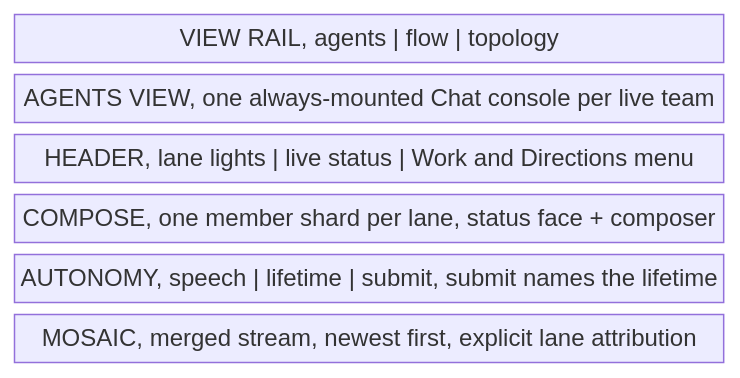
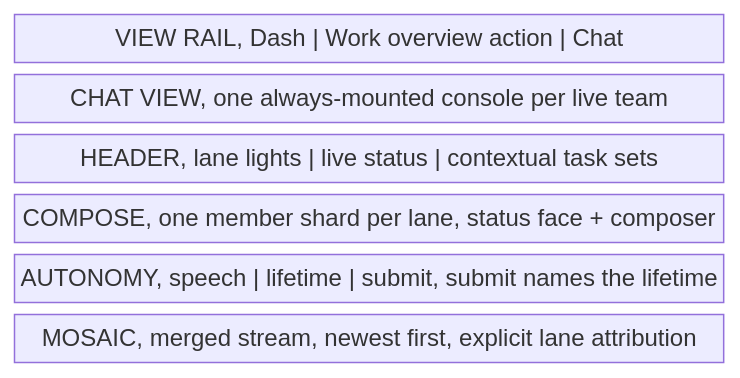
Diagram 17 of 17 in docs/product/loops.md (infimalabs/spice-rust), drawn with Mermaid before and after one commit. The commit also changed other lines of this file and 5 other files, not shown here.

````diff
--- a/docs/product/loops.md
+++ b/docs/product/loops.md
@@ -692,10 +692,10 @@
 ```mermaid
 block-beta
   columns 1
-  G["VIEW RAIL, agents | flow | topology"]
-  C["AGENTS VIEW, one always-mounted Chat console per live team"]
-  H["HEADER, lane lights | live status | Work and Directions menu"]
+  G["VIEW RAIL, Dash | Work overview action | Chat"]
+  C["CHAT VIEW, one always-mounted console per live team"]
+  H["HEADER, lane lights | live status | contextual task sets"]
   W["COMPOSE, one member shard per lane, status face + composer"]
   A["AUTONOMY, speech | lifetime | submit, submit names the lifetime"]
   M["MOSAIC, merged stream, newest first, explicit lane attribution"]
 ```
````
